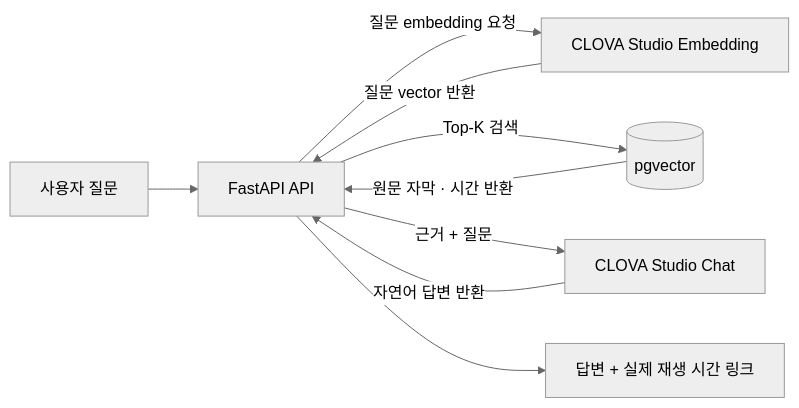
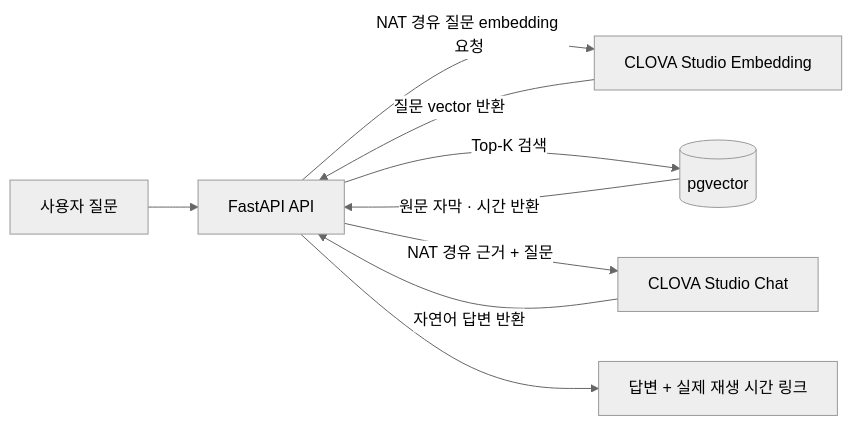
The fourth of 5 diagrams in docs/infra.md (ncp-ai-pro/video-rag-mvp), drawn with Mermaid (neutral theme) before and after one commit. The commit also changed other lines of this file and 1 other file, not shown here.

Commit message:
Document dedicated NAT public subnet

```diff
--- a/docs/infra.md
+++ b/docs/infra.md
@@ -115,11 +129,11 @@
 ~~~mermaid
 flowchart LR
     B[사용자 질문] --> A[FastAPI API]
-    A -->|질문 embedding 요청| E[CLOVA Studio Embedding]
+    A -->|NAT 경유 질문 embedding 요청| E[CLOVA Studio Embedding]
     E -->|질문 vector 반환| A
     A -->|Top-K 검색| P[(pgvector)]
     P -->|원문 자막 · 시간 반환| A
-    A -->|근거 + 질문| C[CLOVA Studio Chat]
+    A -->|NAT 경유 근거 + 질문| C[CLOVA Studio Chat]
     C -->|자연어 답변 반환| A
     A --> R[답변 + 실제 재생 시간 링크]
 ~~~
```
